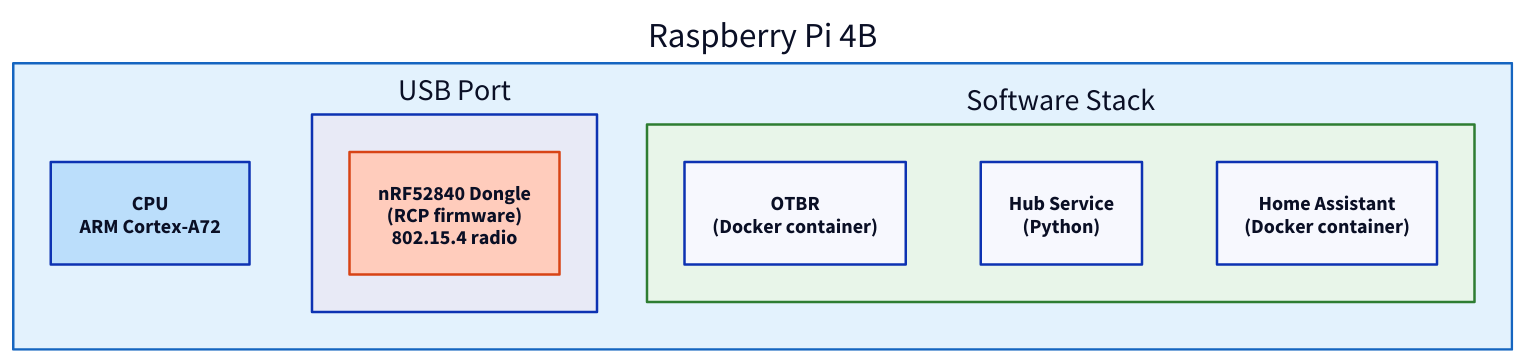
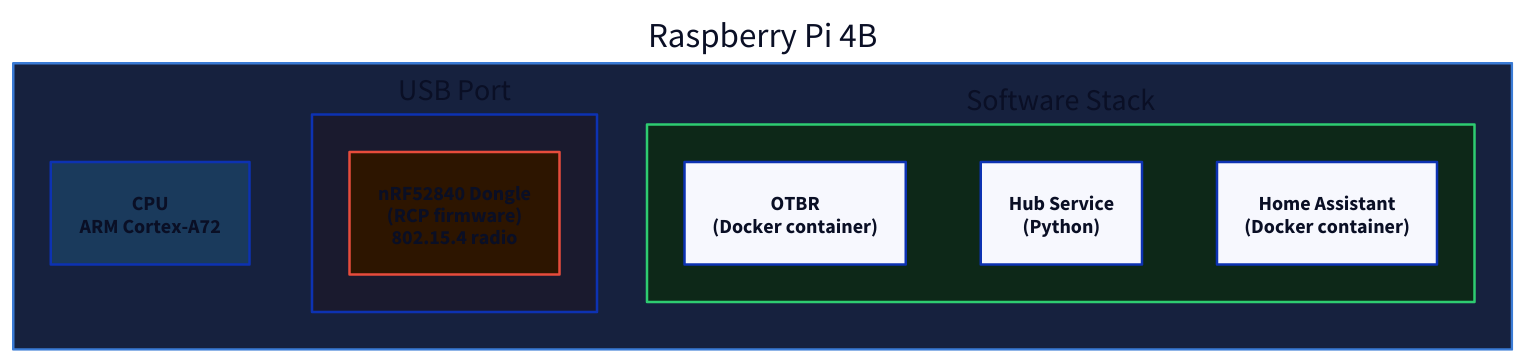
Before and after one commit to EtaCassiopeia/smart-vent: the diagram in docs/diagrams/hub-hardware.d2, drawn with D2. The commit also changed 17 other files, not shown here.

First line of the commit message:
Switch D2 diagrams to dark color palette

```diff
--- a/docs/diagrams/hub-hardware.d2
+++ b/docs/diagrams/hub-hardware.d2
@@ -1,26 +1,26 @@
 rpi: Raspberry Pi 4B {
-  style.fill: "#e3f2fd"
-  style.stroke: "#1565c0"
+  style.fill: "#16213e"
+  style.stroke: "#3a7bd5"
 
   cpu: CPU\nARM Cortex-A72 {
-    style.fill: "#bbdefb"
+    style.fill: "#1a3a5c"
   }
 
   usb: USB Port {
-    style.fill: "#e8eaf6"
+    style.fill: "#1a1a2e"
 
     dongle: nRF52840 Dongle\n(RCP firmware)\n802.15.4 radio {
-      style.fill: "#ffccbc"
-      style.stroke: "#d84315"
+      style.fill: "#2d1500"
+      style.stroke: "#e74c3c"
     }
   }
 
   software: Software Stack {
-    style.fill: "#e8f5e9"
-    style.stroke: "#2e7d32"
+    style.fill: "#0d2818"
+    style.stroke: "#2ecc71"
 
     otbr: OTBR\n(Docker container)
     hub: Hub Service\n(Python)
     ha: Home Assistant\n(Docker container)
   }
 }
```
